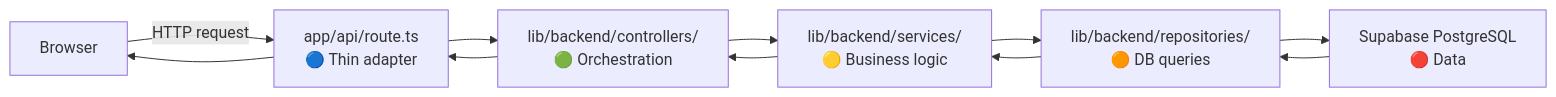
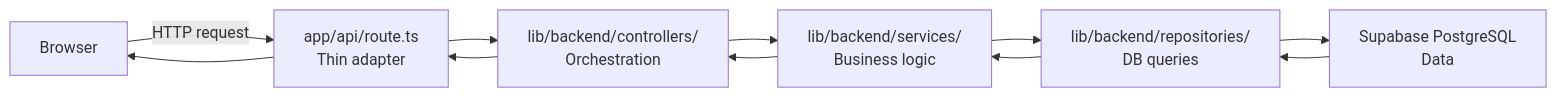
The first of 6 diagrams in docs/ARCHITECTURE.md (itslaks/SkillTest_AI), drawn with Mermaid before and after one commit. The commit also changed other lines of this file and 4 other files, not shown here.

````diff
--- a/docs/ARCHITECTURE.md
+++ b/docs/ARCHITECTURE.md
@@ -133,10 +133,10 @@
 ```mermaid
 flowchart LR
     Browser -->|HTTP request| Route
-    Route["app/api/route.ts\n🔵 Thin adapter"]
-    Route --> Controller["lib/backend/controllers/\n🟢 Orchestration"]
-    Controller --> Service["lib/backend/services/\n🟡 Business logic"]
-    Service --> Repo["lib/backend/repositories/\n🟠 DB queries"]
-    Repo --> DB["Supabase PostgreSQL\n🔴 Data"]
+    Route["app/api/route.ts\n Thin adapter"]
+    Route --> Controller["lib/backend/controllers/\n Orchestration"]
+    Controller --> Service["lib/backend/services/\n Business logic"]
+    Service --> Repo["lib/backend/repositories/\n DB queries"]
+    Repo --> DB["Supabase PostgreSQL\n Data"]
     DB --> Repo --> Service --> Controller --> Route --> Browser
 ```
````
